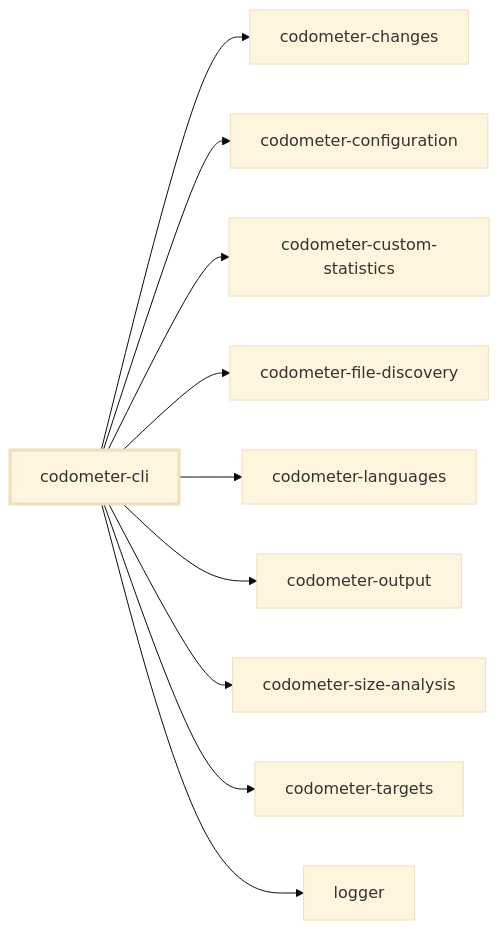
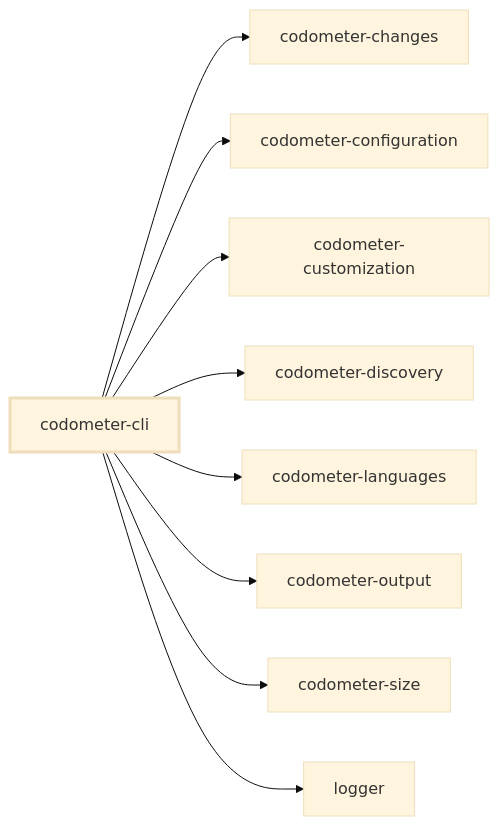
One commit to JimmyPaolini/codebase changed the first of 2 diagrams in packages/codometer-cli/README.md. Above: the diagram before and after it, drawn with Mermaid (base theme). The commit also changed other lines of this file and 154 other files, not shown here.

````diff
--- a/packages/codometer-cli/README.md
+++ b/packages/codometer-cli/README.md
@@ -431,24 +431,22 @@
 ```mermaid
 flowchart LR
   codometer_changes["codometer-changes"]
   codometer_cli["codometer-cli"]
   codometer_configuration["codometer-configuration"]
-  codometer_custom_statistics["codometer-custom-statistics"]
-  codometer_file_discovery["codometer-file-discovery"]
+  codometer_customization["codometer-customization"]
+  codometer_discovery["codometer-discovery"]
   codometer_languages["codometer-languages"]
   codometer_output["codometer-output"]
-  codometer_size_analysis["codometer-size-analysis"]
-  codometer_targets["codometer-targets"]
+  codometer_size["codometer-size"]
   logger["logger"]
   codometer_cli --> codometer_changes
   codometer_cli --> codometer_configuration
-  codometer_cli --> codometer_custom_statistics
-  codometer_cli --> codometer_file_discovery
+  codometer_cli --> codometer_customization
+  codometer_cli --> codometer_discovery
   codometer_cli --> codometer_languages
   codometer_cli --> codometer_output
-  codometer_cli --> codometer_size_analysis
-  codometer_cli --> codometer_targets
+  codometer_cli --> codometer_size
   codometer_cli --> logger
   classDef subject stroke-width:3px
   class codometer_cli subject
 ```
````
